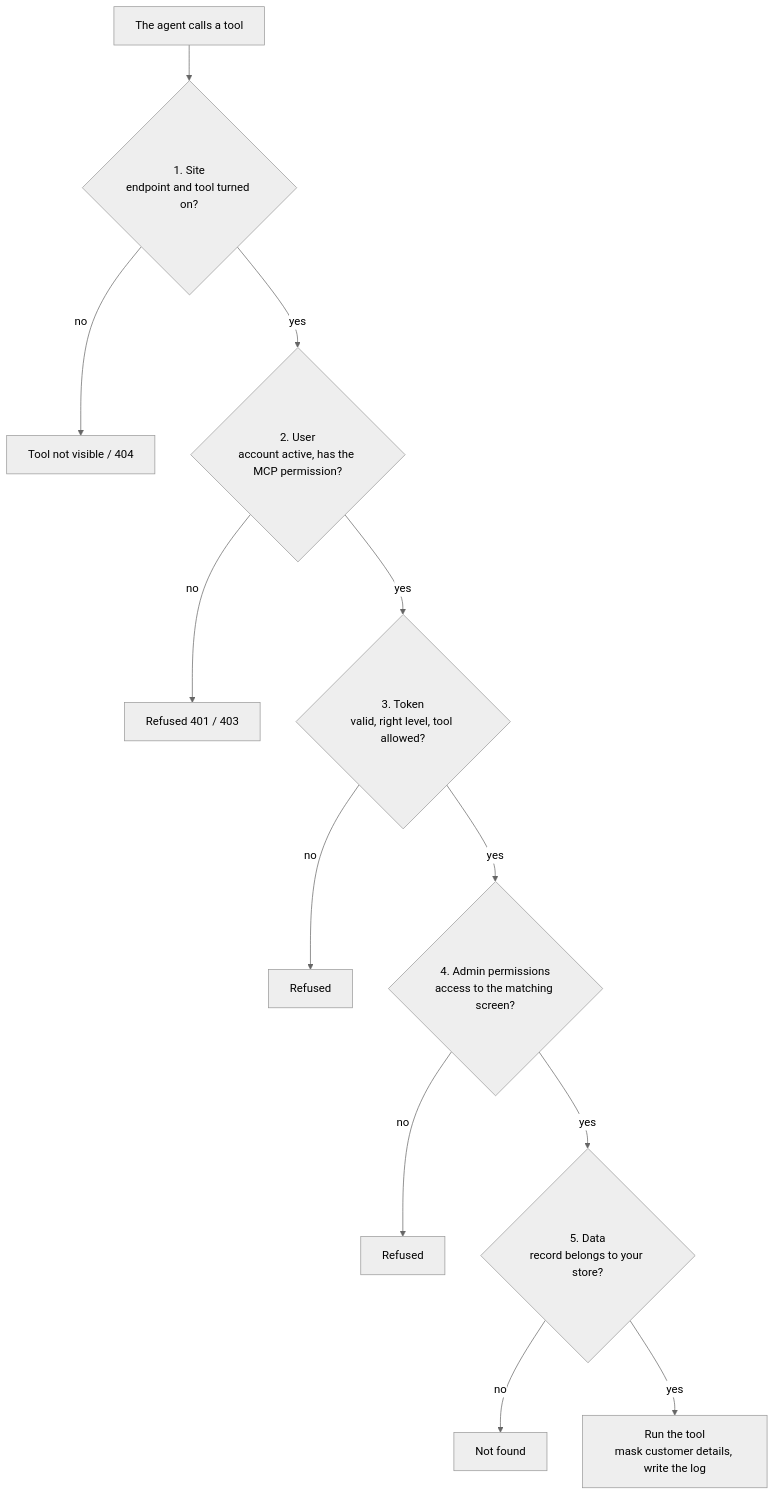
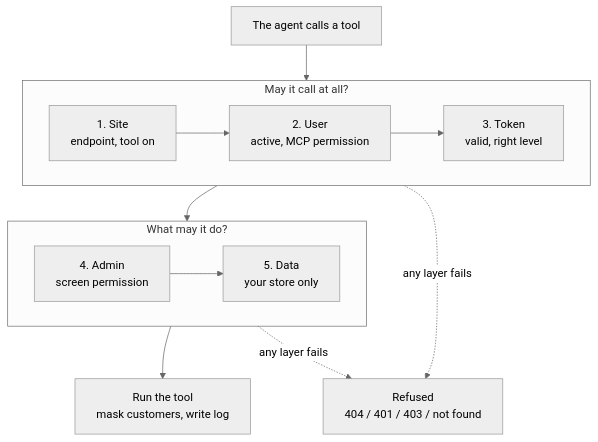
One commit to gp247net/gp247-docs changed the first of 2 diagrams in mcp/mcp-security.md. Above: the diagram before and after it, drawn with Mermaid (neutral theme). The commit also changed 44 other files, not shown here.

First line of the commit message:
docs: redraw oversized diagrams in security, API and MCP docs (vi/en/ja)

````diff
--- a/mcp/mcp-security.md
+++ b/mcp/mcp-security.md
@@ -16,14 +16,15 @@
 ```mermaid
-flowchart TD
-    R["The agent calls a tool"] --> L1{"1. Site<br/>endpoint and tool turned on?"}
-    L1 -->|"no"| X1["Tool not visible / 404"]
-    L1 -->|"yes"| L2{"2. User<br/>account active, has the MCP permission?"}
-    L2 -->|"no"| X2["Refused 401 / 403"]
-    L2 -->|"yes"| L3{"3. Token<br/>valid, right level, tool allowed?"}
-    L3 -->|"no"| X3["Refused"]
-    L3 -->|"yes"| L4{"4. Admin permissions<br/>access to the matching screen?"}
-    L4 -->|"no"| X4["Refused"]
-    L4 -->|"yes"| L5{"5. Data<br/>record belongs to your store?"}
-    L5 -->|"no"| X5["Not found"]
-    L5 -->|"yes"| OK["Run the tool<br/>mask customer details, write the log"]
+flowchart TB
+    R["The agent calls a tool"] --> S1
+    subgraph S1["May it call at all?"]
+        direction LR
+        L1["1. Site<br/>endpoint, tool on"] --> L2["2. User<br/>active, MCP permission"] --> L3["3. Token<br/>valid, right level"]
+    end
+    subgraph S2["What may it do?"]
+        direction LR
+        L4["4. Admin<br/>screen permission"] --> L5["5. Data<br/>your store only"]
+    end
+    S1 --> S2 --> OK["Run the tool<br/>mask customers, write log"]
+    S1 -.->|"any layer fails"| X["Refused<br/>404 / 401 / 403 / not found"]
+    S2 -.->|"any layer fails"| X
 ```
````
